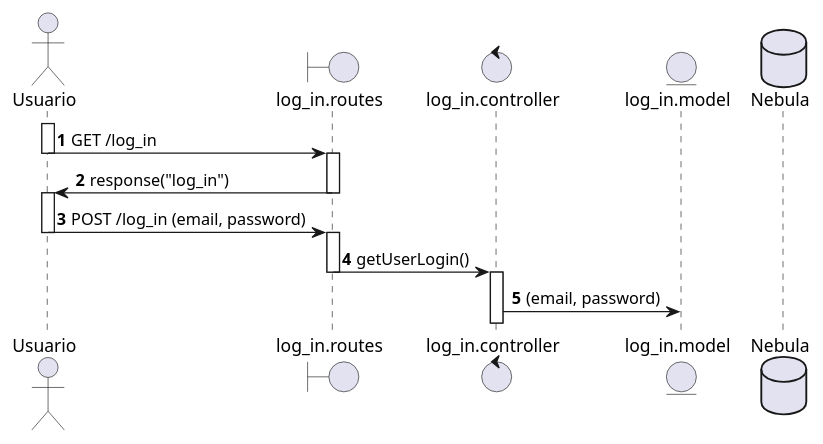
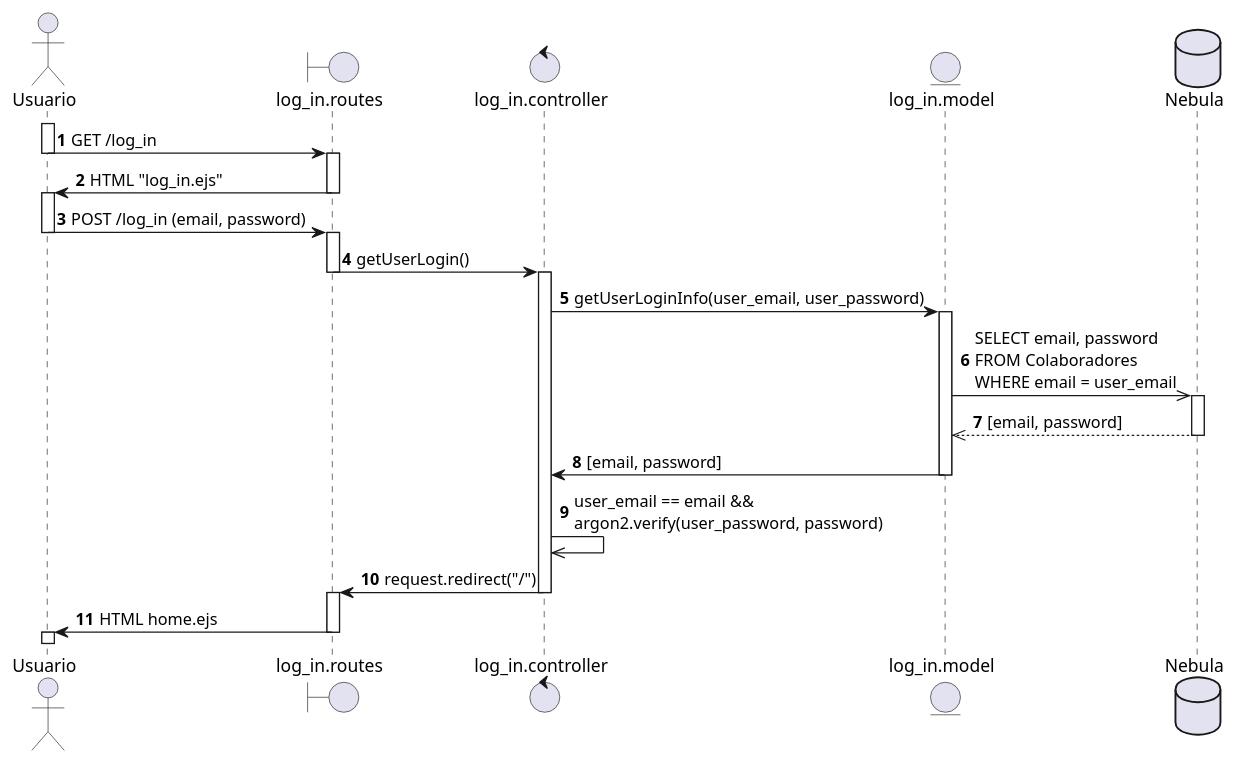
One commit to SALV19/Nebula_tc2005b changed the diagram in diagramas_secuencia/user_auth.puml. Above: the diagram before and after it, drawn with PlantUML.

Commit message:
[ADD] user_auth UML

```diff
--- a/diagramas_secuencia/user_auth.puml
+++ b/diagramas_secuencia/user_auth.puml
@@ -1,29 +1,43 @@
 @startuml Prueba
 autonumber
 actor Usuario as u
 boundary log_in.routes as lgr
 control log_in.controller as lgc
 entity log_in.model as lgm
 database Nebula as db
 
 activate u
 u -> lgr : GET /log_in
 deactivate u
 
 activate lgr
-lgr -> u : response("log_in")
+lgr -> u : HTML "log_in.ejs"
 deactivate lgr
 
 activate u
 u -> lgr : POST /log_in (email, password)
 deactivate u
 
 activate lgr
 lgr -> lgc : getUserLogin()
 deactivate lgr
 
 activate lgc
-lgc -> lgm : (email, password)
+lgc -> lgm : getUserLoginInfo(user_email, user_password)
+activate lgm
+lgm ->> db : SELECT email, password \nFROM Colaboradores \nWHERE email = user_email
+activate db
+db -->> lgm : [email, password]
+deactivate db
+lgm -> lgc : [email, password]
+deactivate lgm
+lgc ->> lgc : user_email == email && \nargon2.verify(user_password, password)
+lgc -> lgr : request.redirect("/")
 
+deactivate lgc
+activate lgr
+lgr -> u : HTML home.ejs
+deactivate lgr
+activate u
 
 @enduml
```
